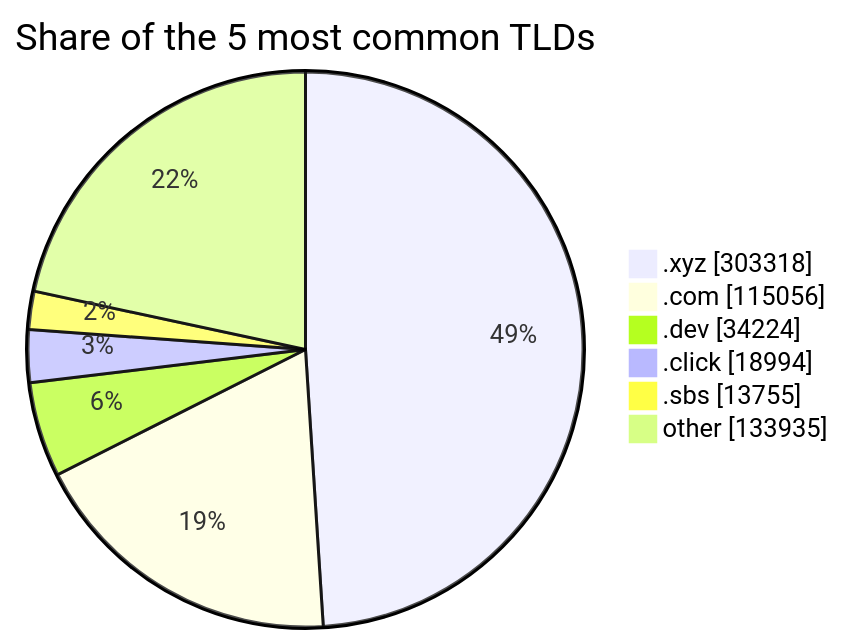
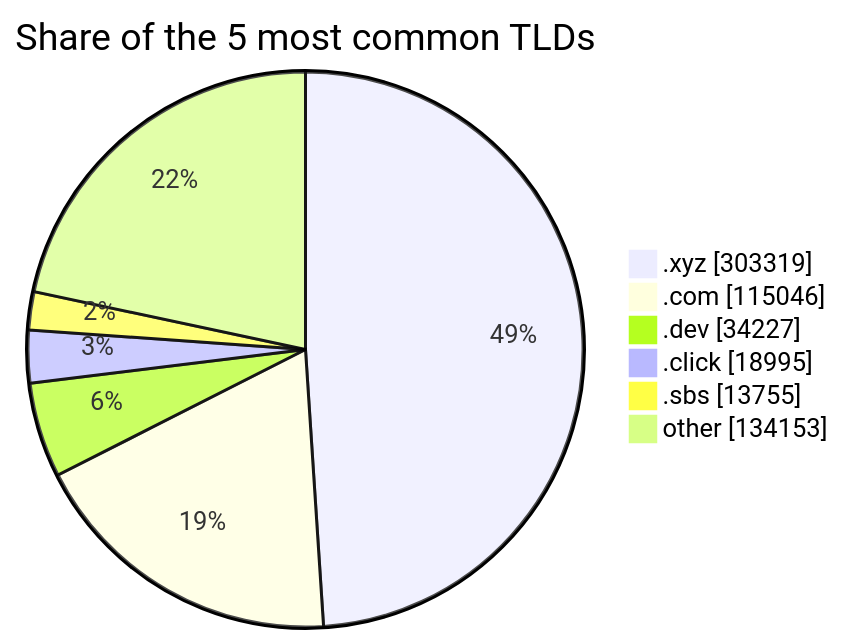
One commit to DNSBunker/CTI changed the third of 3 diagrams in README.md. Above: the diagram before and after it, drawn with Mermaid. The commit also changed other lines of this file and 3 other files, not shown here.

````diff
--- a/README.md
+++ b/README.md
@@ -81,9 +81,9 @@
 ```mermaid
 pie showData title Share of the 5 most common TLDs
-    ".xyz" : 303318
-    ".com" : 115056
-    ".dev" : 34224
-    ".click" : 18994
+    ".xyz" : 303319
+    ".com" : 115046
+    ".dev" : 34227
+    ".click" : 18995
     ".sbs" : 13755
-    "other" : 133935
+    "other" : 134153
 ```
````
